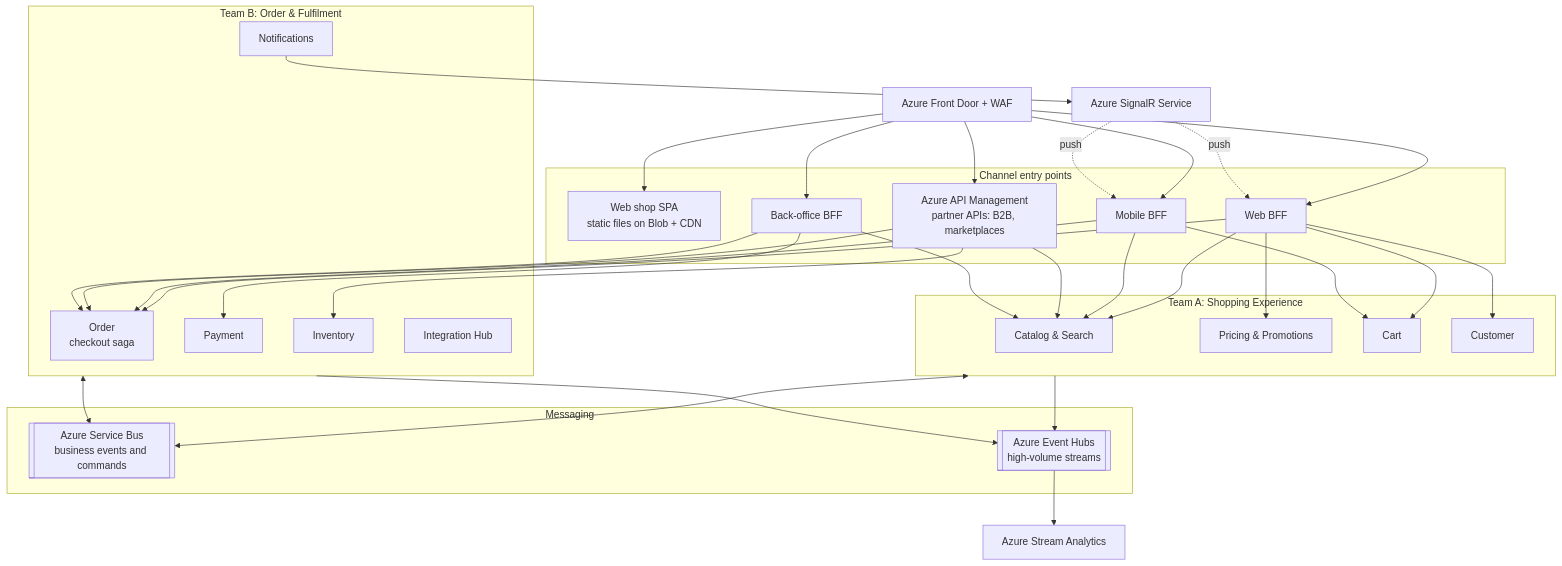
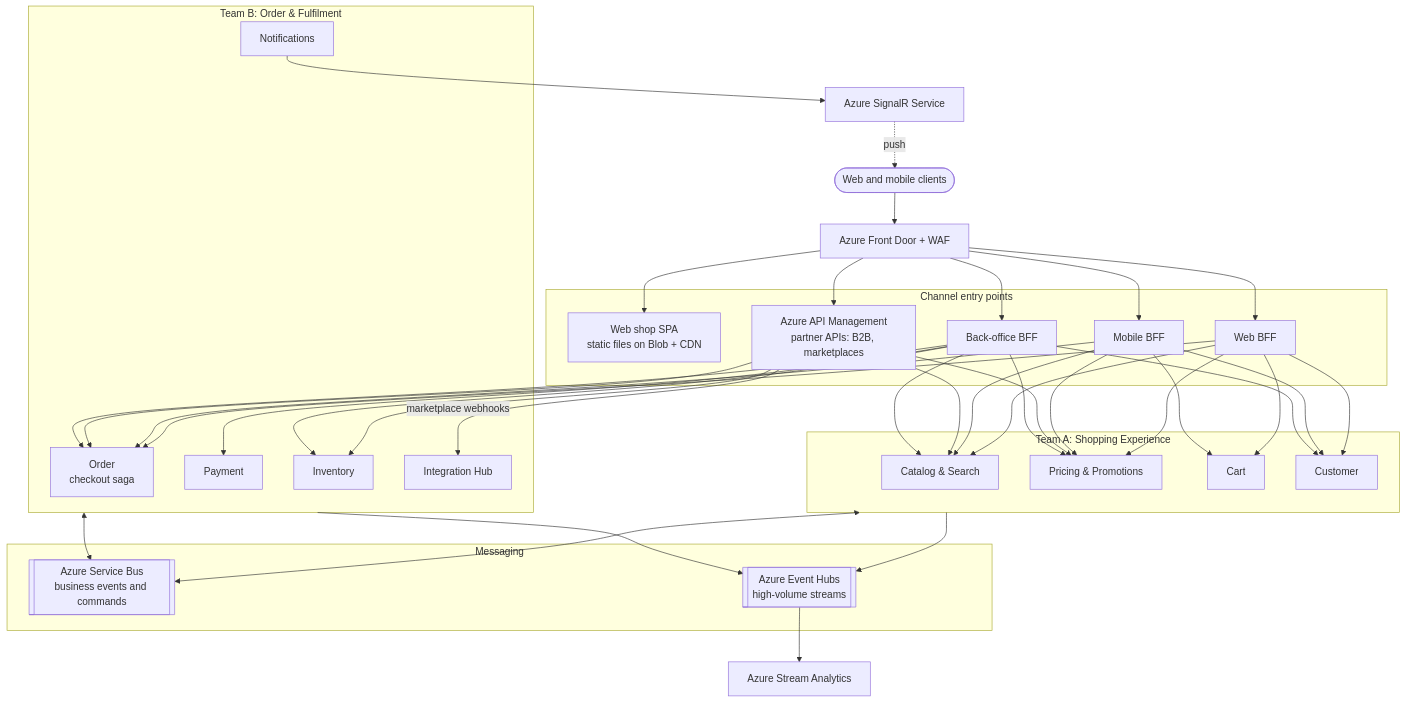
One commit to robert-miani/abysalto-webshop changed the third of 9 diagrams in docs/architecture.md. Above: the diagram before and after it, drawn with Mermaid. The commit also changed other lines of this file and 1 other file, not shown here.

````diff
--- a/docs/architecture.md
+++ b/docs/architecture.md
@@ -208,65 +214,73 @@
 ```mermaid
 flowchart TB
     fd["Azure Front Door + WAF"]
 
     subgraph edge["Channel entry points"]
         spa["Web shop SPA<br/>static files on Blob + CDN"]
         webbff["Web BFF"]
         mobbff["Mobile BFF"]
         apim["Azure API Management<br/>partner APIs: B2B, marketplaces"]
         bobff["Back-office BFF"]
     end
 
     subgraph teamA["Team A: Shopping Experience"]
         catalog["Catalog & Search"]
         pricing["Pricing & Promotions"]
         cart["Cart"]
         customer["Customer"]
     end
 
     subgraph teamB["Team B: Order & Fulfilment"]
         order["Order<br/>checkout saga"]
         payment["Payment"]
         inventory["Inventory"]
         hub["Integration Hub"]
         notif["Notifications"]
     end
 
     subgraph messaging["Messaging"]
         sb[["Azure Service Bus<br/>business events and commands"]]
         eh[["Azure Event Hubs<br/>high-volume streams"]]
     end
 
     signalr["Azure SignalR Service"]
     asa["Azure Stream Analytics"]
+    clients(["Web and mobile clients"])
 
+    clients --> fd
     fd --> spa
     fd --> webbff
     fd --> mobbff
     fd --> apim
     fd --> bobff
 
     webbff --> catalog
     webbff --> pricing
     webbff --> cart
     webbff --> customer
     webbff --> order
     mobbff --> catalog
+    mobbff --> pricing
     mobbff --> cart
+    mobbff --> customer
     mobbff --> order
     apim --> catalog
+    apim --> pricing
     apim --> order
     apim --> inventory
+    apim -->|"marketplace webhooks"| hub
     bobff --> catalog
+    bobff --> pricing
+    bobff --> customer
     bobff --> order
     bobff --> payment
+    bobff --> inventory
 
     teamA <--> sb
     teamB <--> sb
     teamA --> eh
     teamB --> eh
     eh --> asa
     notif --> signalr
-    signalr -.->|"push"| webbff
-    signalr -.->|"push"| mobbff
+    signalr -.->|"push"| clients
 ```
````
